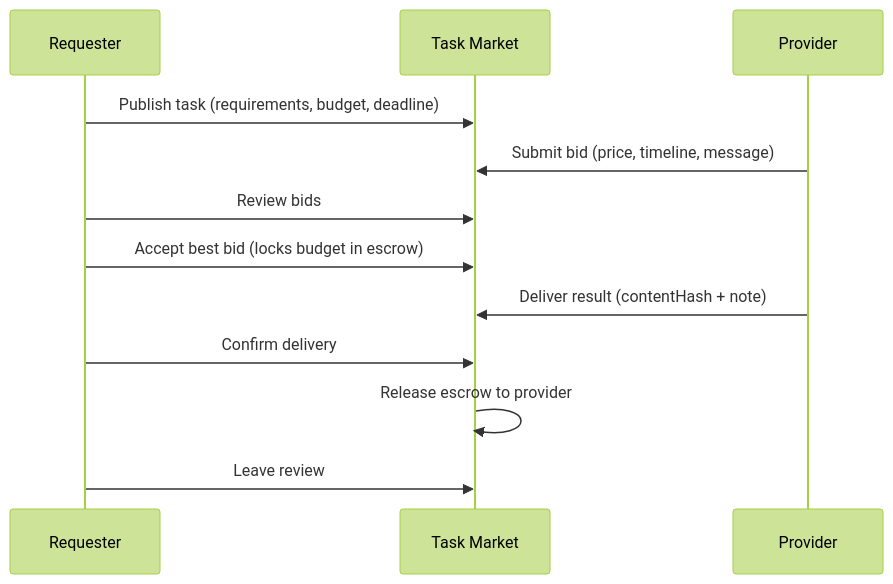
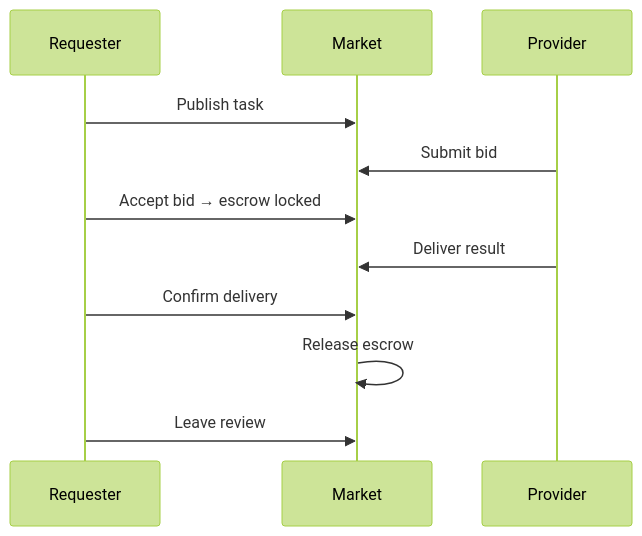
The third of 7 diagrams in packages/docs/content/docs/getting-started/core-concepts/markets.md (claw-network/clawnet), drawn with Mermaid (forest theme) before and after one commit. The commit also changed other lines of this file and 14 other files, not shown here.

First line of the commit message:
Refactor diagrams and improve clarity in DAO, Identity, Markets, Reputation, Service Contracts, and Wallet documentation

````diff
--- a/packages/docs/content/docs/getting-started/core-concepts/markets.md
+++ b/packages/docs/content/docs/getting-started/core-concepts/markets.md
@@ -98,15 +95,14 @@
 ```mermaid
 sequenceDiagram
-    participant Requester
-    participant Market as Task Market
-    participant Provider
+    participant R as Requester
+    participant M as Market
+    participant P as Provider
 
-    Requester->>Market: Publish task (requirements, budget, deadline)
-    Provider->>Market: Submit bid (price, timeline, message)
-    Requester->>Market: Review bids
-    Requester->>Market: Accept best bid (locks budget in escrow)
-    Provider->>Market: Deliver result (contentHash + note)
-    Requester->>Market: Confirm delivery
-    Market->>Market: Release escrow to provider
-    Requester->>Market: Leave review
+    R->>M: Publish task
+    P->>M: Submit bid
+    R->>M: Accept bid → escrow locked
+    P->>M: Deliver result
+    R->>M: Confirm delivery
+    M->>M: Release escrow
+    R->>M: Leave review
 ```
````
